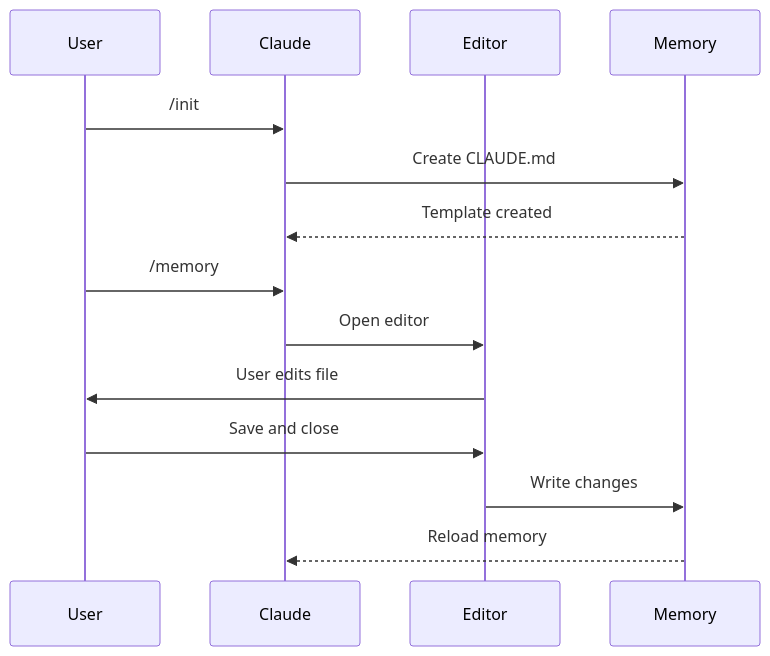
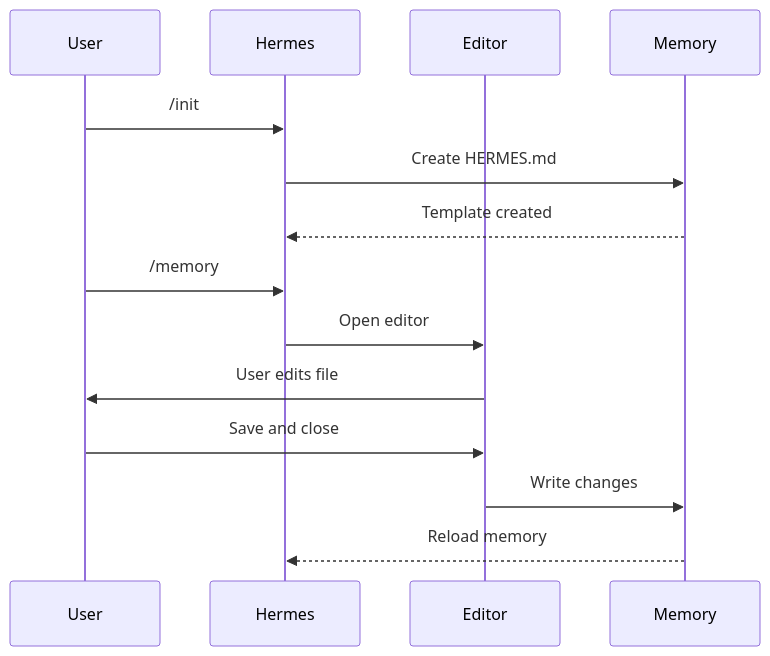
One commit to 1234567mm/hermes-howto changed the diagram in 02-memory/memory-tool.md. Above: the diagram before and after it, drawn with Mermaid. The commit also changed other lines of this file and 57 other files, not shown here.

````diff
--- a/02-memory/memory-tool.md
+++ b/02-memory/memory-tool.md
@@ -146,18 +146,18 @@
 ```mermaid
 sequenceDiagram
     participant User
-    participant Claude
+    participant Hermes
     participant Editor
     participant Memory
 
-    User->>Claude: /init
-    Claude->>Memory: Create CLAUDE.md
-    Memory-->>Claude: Template created
+    User->>Hermes: /init
+    Hermes->>Memory: Create HERMES.md
+    Memory-->>Hermes: Template created
 
-    User->>Claude: /memory
-    Claude->>Editor: Open editor
+    User->>Hermes: /memory
+    Hermes->>Editor: Open editor
     Editor->>User: User edits file
     User->>Editor: Save and close
     Editor->>Memory: Write changes
-    Memory-->>Claude: Reload memory
+    Memory-->>Hermes: Reload memory
 ```
````
